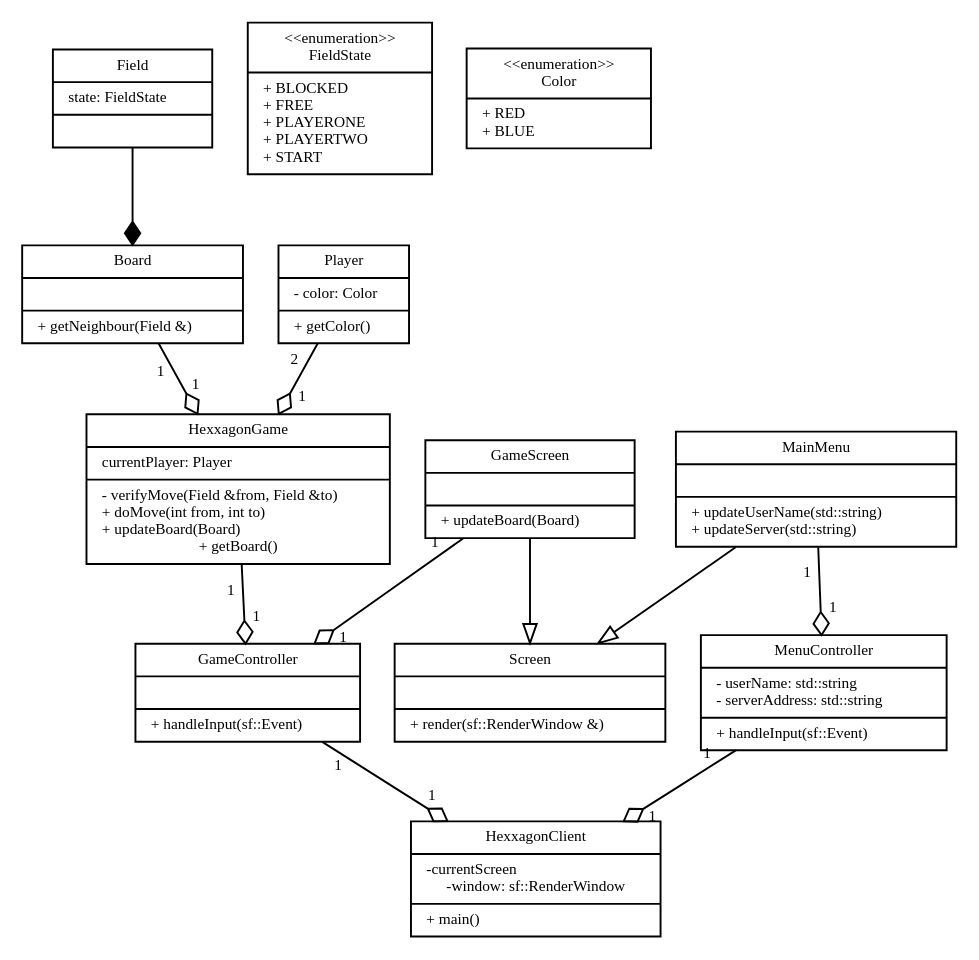
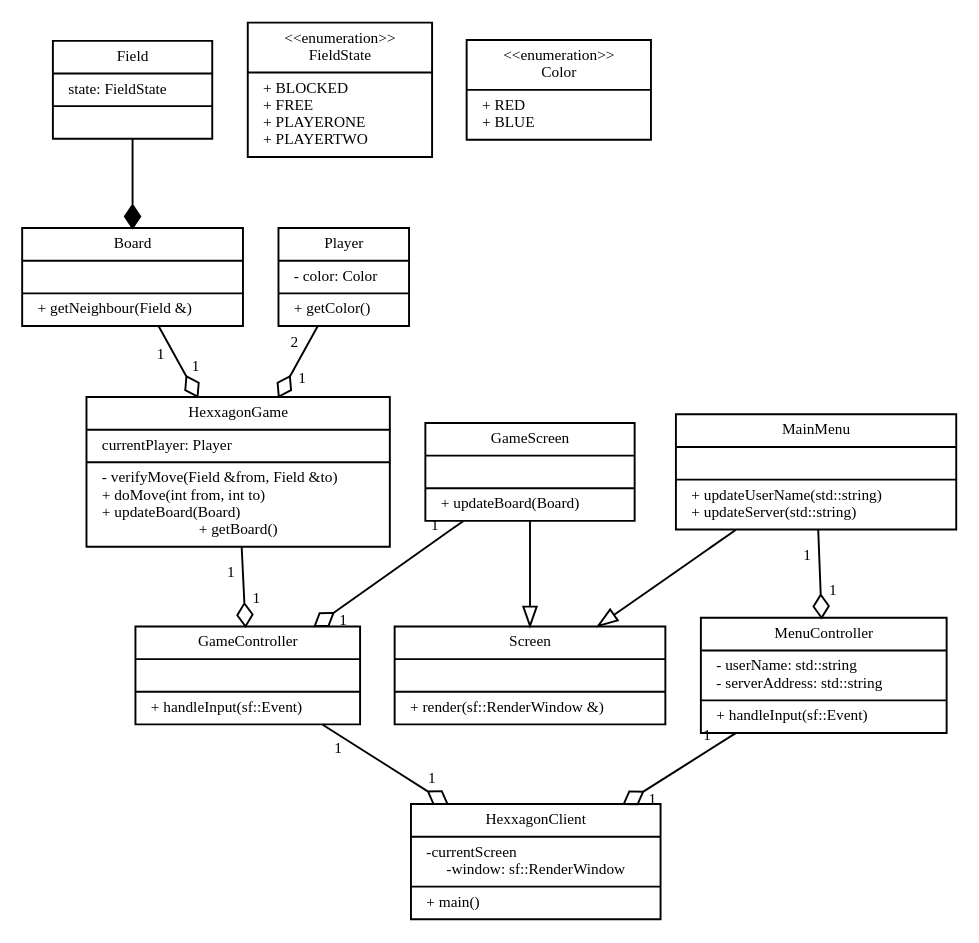
One commit to ottojo/SoPra-Exercises changed the diagram in Blatt4/client.dot. Above: the diagram before and after it, drawn with Graphviz. The commit also changed 2 other files, not shown here.

Commit message:
server class diagram

```diff
--- a/Blatt4/client.dot
+++ b/Blatt4/client.dot
@@ -1,113 +1,113 @@
 digraph G {
     // General Layout
     fontname = "Bitstream Vera Sans"
     fontsize = 8
 
     node [
         fontname = "Bitstream Vera Sans"
         fontsize = 8
         shape = "record"
     ]
 
     edge [
         fontname = "Bitstream Vera Sans"
         fontsize = 8
         arrowhead = "onormal"
         labeldistance = 1.5
     ]
 
     // Classes
 
     HexxagonClient [
         label = "{HexxagonClient|-currentScreen\l-window: sf::RenderWindow|+ main()\l}"
     ]
 
     HexxagonGame [
         label = "{HexxagonGame|currentPlayer: Player\l|- verifyMove(Field &from, Field &to)\l+ doMove(int from, int to)\l+ updateBoard(Board)\l+ getBoard()}"
     ]
     
     Board [
         label = "{Board||+ getNeighbour(Field &)\l}"
     ]
 
     Field [
         label = "{Field|state: FieldState\l|}"
     ]
 
     Player [
         label = "{Player|- color: Color\l|+ getColor()\l}"
     ]
     
     FieldState [
-        label = "{\<\<enumeration\>\>\nFieldState|+ BLOCKED\l+ FREE\l+ PLAYERONE\l+ PLAYERTWO\l+ START\l}"
+        label = "{\<\<enumeration\>\>\nFieldState|+ BLOCKED\l+ FREE\l+ PLAYERONE\l+ PLAYERTWO\l}"
     ]
 
     Color [
         label = "{\<\<enumeration\>\>\nColor|+ RED\l+ BLUE\l}"
     ]
 
     Screen [
         label = "{Screen||+ render(sf::RenderWindow &)\l}"
     ]
 
     GameScreen [
         label = "{GameScreen||+ updateBoard(Board)\l}"
     ]
 
     MainMenu [
         label = "{MainMenu||+ updateUserName(std::string)\l+ updateServer(std::string)\l}"
     ]
 
     GameController [
         label = "{GameController||+ handleInput(sf::Event)\l}"
     ]
     
     MenuController [
         label = "{MenuController|- userName: std::string\l- serverAddress: std::string\l|+ handleInput(sf::Event)\l}"
     ]
 
 
     // Inheritance
     MainMenu -> Screen
     GameScreen -> Screen
 
     // Aggregations
     edge [
         arrowhead = "odiamond"
     ]
     Board -> HexxagonGame [
         headlabel = "1"
         taillabel = "1"
     ]
     Player -> HexxagonGame [
         headlabel = "1"
         taillabel = "2"
     ]
     HexxagonGame -> GameController [
         headlabel = "1"
         taillabel = "1"
     ]
     GameScreen -> GameController [
         headlabel = "1"
         taillabel = "1"
     ]
     MainMenu -> MenuController [
         headlabel = "1"
         taillabel = "1"
     ]
     GameController -> HexxagonClient [
         headlabel = "1"
         taillabel = "1"
     ]  
     MenuController -> HexxagonClient [
         headlabel = "1"
         taillabel = "1"
     ]
 
     // Compositions
     edge [
         arrowhead = "diamond"
     ]
     Field -> Board
     
 }
```
